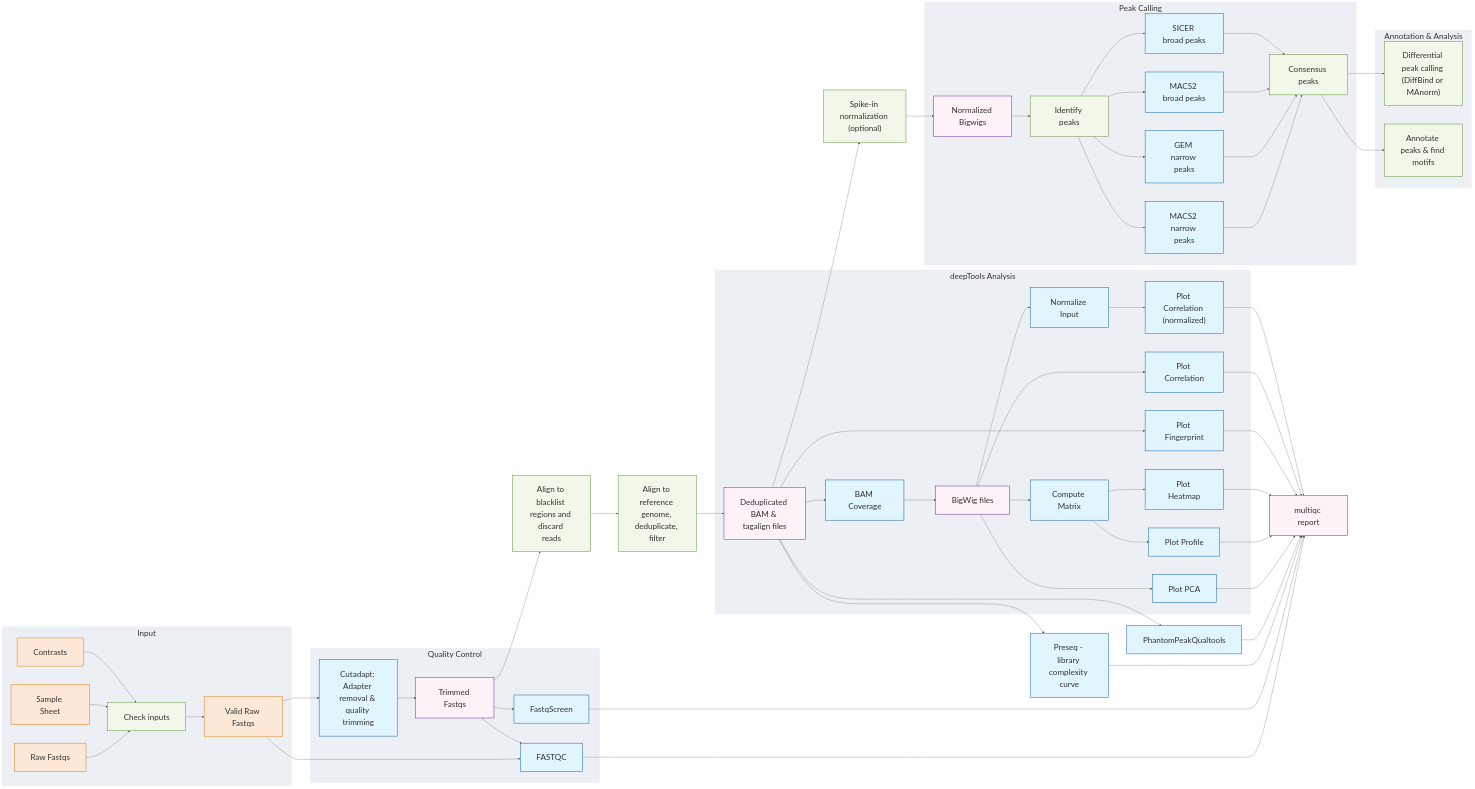
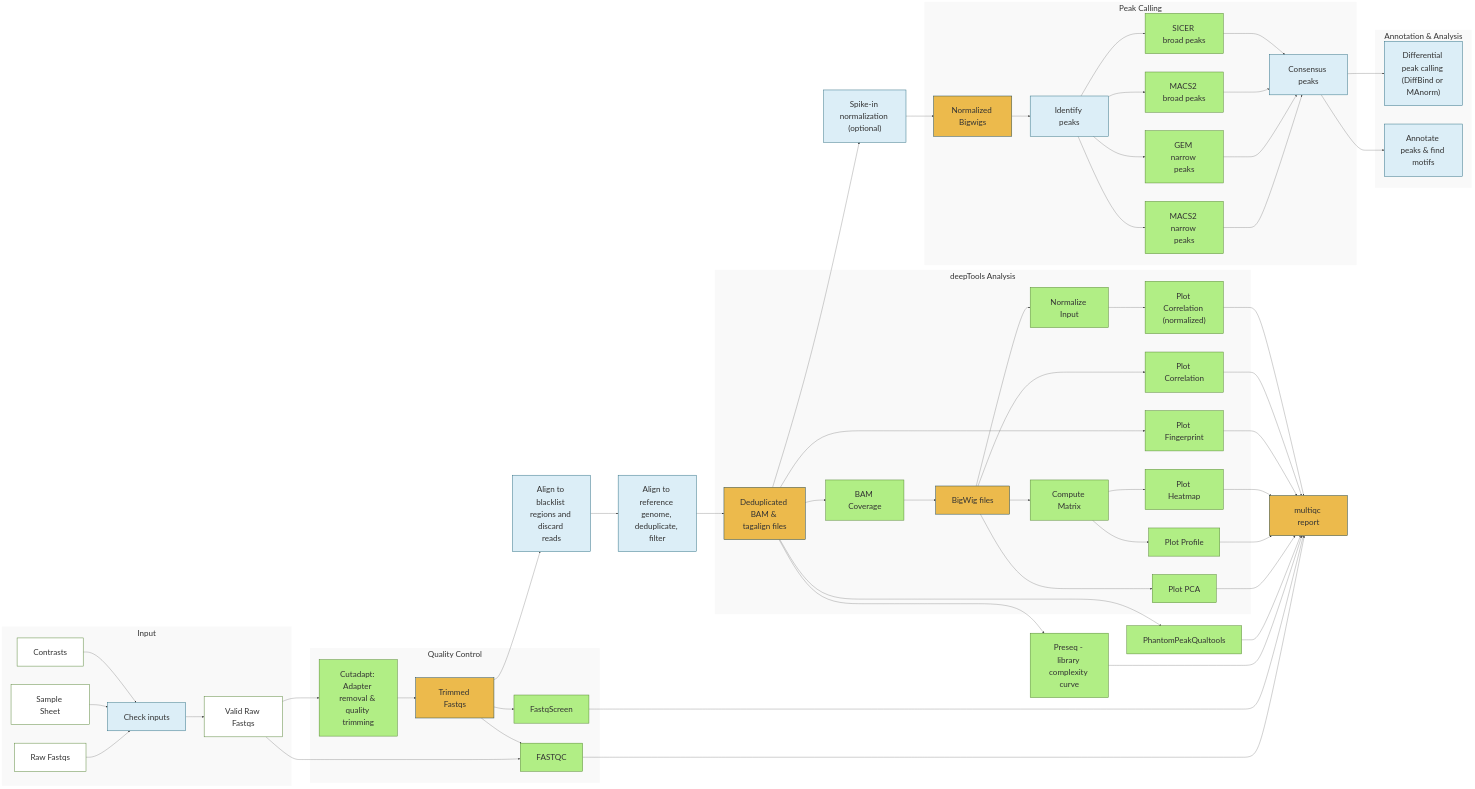
The diagram in docs/diagram/index.md (CCBR/CHAMPAGNE), drawn with Mermaid before and after one commit. The commit also changed 1 other file, not shown here.

Commit message:
style: use fnl brand colors

````diff
--- a/docs/diagram/index.md
+++ b/docs/diagram/index.md
@@ -89,16 +89,16 @@
     Consensus --> Annotate["Annotate peaks & find motifs"]:::process
   end
 
-  %% Styles - Modern sleek theme
-  classDef input fill:#fde8d8,stroke:#d97706,stroke-width:2px;
-  classDef process fill:#f1f8e9,stroke:#558b2f,stroke-width:2px;
-  classDef tool fill:#e1f5fe,stroke:#01579b,stroke-width:2px;
-  classDef output fill:#fdf2f8,stroke:#6a1b9a,stroke-width:2px;
+  %% Styles - FNL branding theme
+  classDef input fill:#ffffff,stroke:#528230,stroke-width:2px;
+  classDef process fill:#dceef7,stroke:#296b7f,stroke-width:2px;
+  classDef tool fill:#b1ee85,stroke:#528230,stroke-width:2px;
+  classDef output fill:#ecba4c,stroke:#19424e,stroke-width:2px;
 
   %% Subgraph styling
-  style INPUT fill:#ecf0f5,stroke:none;
-  style QC fill:#ecf0f5,stroke:none;
-  style DEEPTOOLS fill:#ecf0f5,stroke:none;
-  style PEAK fill:#ecf0f5,stroke:none;
-  style DOWNSTREAM fill:#ecf0f5,stroke:none;
+  style INPUT fill:#f9f9f9,stroke:none;
+  style QC fill:#f9f9f9,stroke:none;
+  style DEEPTOOLS fill:#f9f9f9,stroke:none;
+  style PEAK fill:#f9f9f9,stroke:none;
+  style DOWNSTREAM fill:#f9f9f9,stroke:none;
 ```
````
